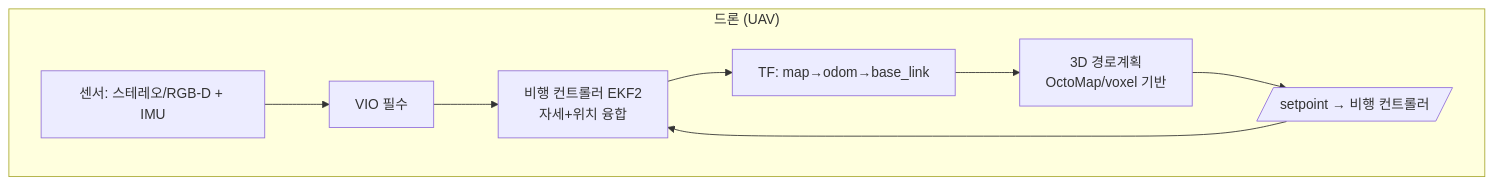
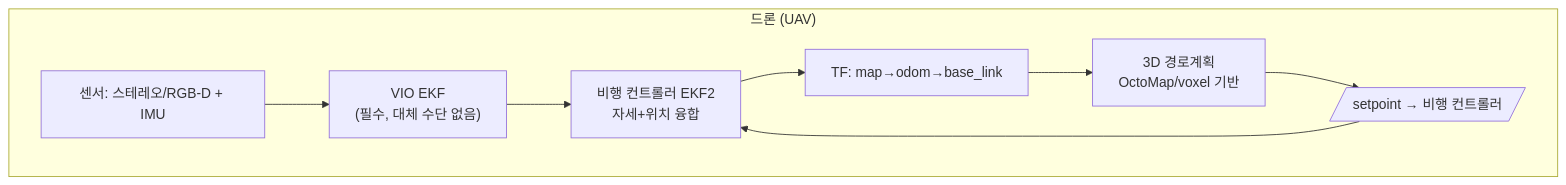
One commit to codebaragi23/ROS2-doc changed the second of 2 diagrams in 7_드론 적용 Part E/E0_지상로봇과_드론은_무엇이_다른가.md. Above: the diagram before and after it, drawn with Mermaid. The commit also changed other lines of this file, not shown here.

First line of the commit message:
docs: E0에 지상로봇 VIO(OpenVINS) 비교 추가, EKF 용어 혼동 정리

````diff
--- a/7_드론 적용 Part E/E0_지상로봇과_드론은_무엇이_다른가.md
+++ b/7_드론 적용 Part E/E0_지상로봇과_드론은_무엇이_다른가.md
@@ -74,13 +80,14 @@
 ```mermaid
 flowchart TB
     subgraph AIR["드론 (UAV)"]
-        AS[센서: 스테레오/RGB-D + IMU] --> AVIO[VIO 필수]
+        AS[센서: 스테레오/RGB-D + IMU] --> AVIO["VIO EKF
+(필수, 대체 수단 없음)"]
         AVIO --> AFC[비행 컨트롤러 EKF2
 자세+위치 융합]
         AFC --> ATF[TF: map→odom→base_link]
         ATF --> ANAV[3D 경로계획
 OctoMap/voxel 기반]
         ANAV --> ASP[/setpoint → 비행 컨트롤러/]
         ASP --> AFC
     end
 ```
````
